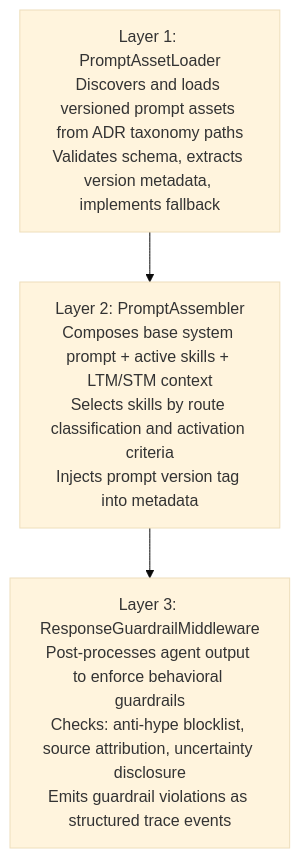
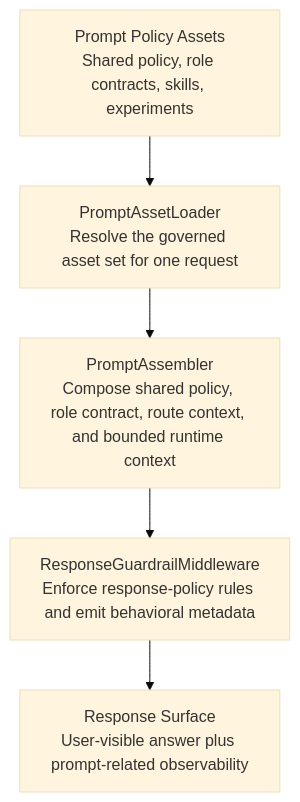
Before and after one commit to d-dragon/dp-stock-investment-assistant: the tenth of 11 diagrams in docs/domains/agent/ARCHITECTURE_DESIGN.md, drawn with Mermaid (base theme). The commit also changed other lines of this file and 1 other file, not shown here.

Commit message:
docs(agent): refine prompt system architecture and design with clarifying transition from hardcoded to governed prompt assets

````diff
--- a/docs/domains/agent/ARCHITECTURE_DESIGN.md
+++ b/docs/domains/agent/ARCHITECTURE_DESIGN.md
@@ -833,8 +826,10 @@
 ```mermaid
 flowchart TD
-  L1["Layer 1: PromptAssetLoader\nDiscovers and loads versioned prompt assets from ADR taxonomy paths\nValidates schema, extracts version metadata, implements fallback"]
-  L2["Layer 2: PromptAssembler\nComposes base system prompt + active skills + LTM/STM context\nSelects skills by route classification and activation criteria\nInjects prompt version tag into metadata"]
-  L3["Layer 3: ResponseGuardrailMiddleware\nPost-processes agent output to enforce behavioral guardrails\nChecks: anti-hype blocklist, source attribution, uncertainty disclosure\nEmits guardrail violations as structured trace events"]
+  Policy["Prompt Policy Assets\nShared policy, role contracts, skills, experiments"]
+  Loader["PromptAssetLoader\nResolve the governed asset set for one request"]
+  Assembler["PromptAssembler\nCompose shared policy, role contract, route context, and bounded runtime context"]
+  Guard["ResponseGuardrailMiddleware\nEnforce response-policy rules and emit behavioral metadata"]
+  Surface["Response Surface\nUser-visible answer plus prompt-related observability"]
 
-  L1 --> L2 --> L3
+  Policy --> Loader --> Assembler --> Guard --> Surface
 ```
````
